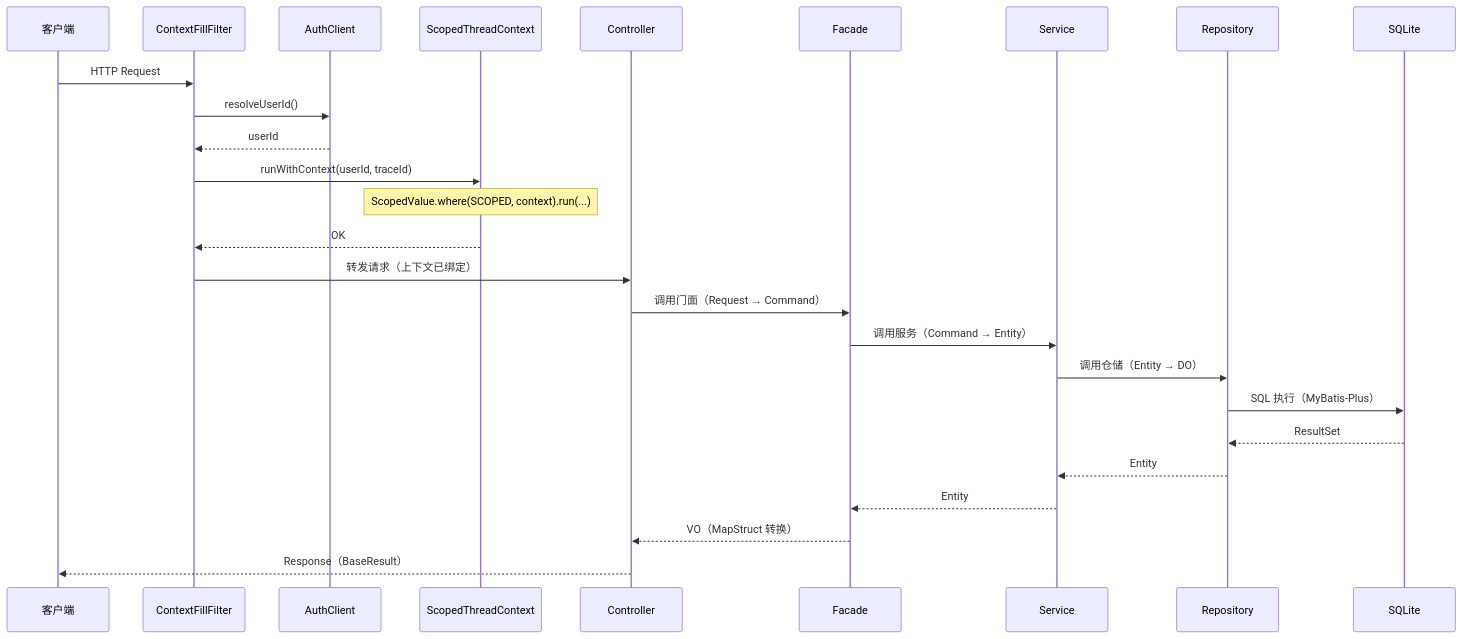
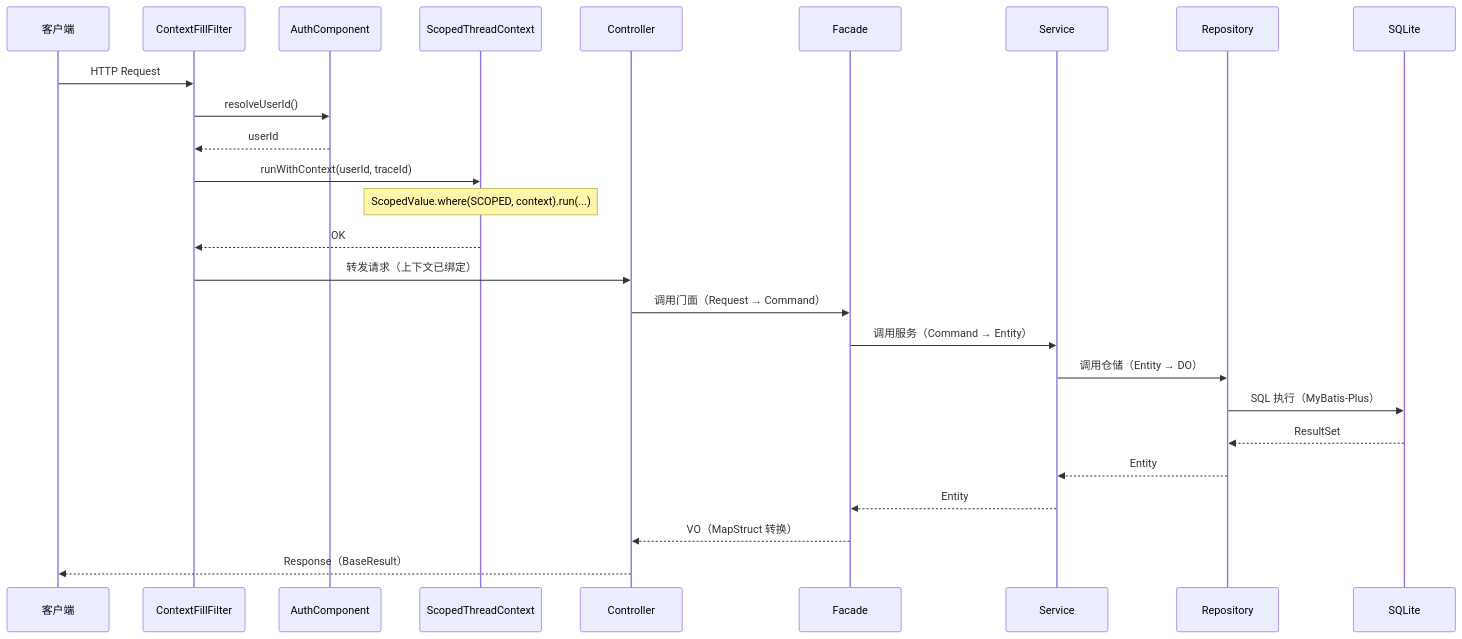
Before and after one commit to LeoNardo-LB/web-quick-start-light: the first of 3 diagrams in docs/architecture/request-lifecycle.md, drawn with Mermaid. The commit also changed other lines of this file and 28 other files, not shown here.

First line of the commit message:
docs: 完成文档重命名 client-* → component-* 及引用更新

````diff
--- a/docs/architecture/request-lifecycle.md
+++ b/docs/architecture/request-lifecycle.md
@@ -21,29 +21,29 @@
 ```mermaid
 sequenceDiagram
     participant Client as 客户端
     participant Filter as ContextFillFilter
-    participant Auth as AuthClient
+    participant Auth as AuthComponent
     participant Ctx as ScopedThreadContext
     participant Ctrl as Controller
     participant Fac as Facade
     participant Svc as Service
     participant Repo as Repository
     participant DB as SQLite
 
     Client->>Filter: HTTP Request
     Filter->>Auth: resolveUserId()
     Auth-->>Filter: userId
     Filter->>Ctx: runWithContext(userId, traceId)
     Note over Ctx: ScopedValue.where(SCOPED, context).run(...)
     Ctx-->>Filter: OK
     Filter->>Ctrl: 转发请求（上下文已绑定）
     Ctrl->>Fac: 调用门面（Request → Command）
     Fac->>Svc: 调用服务（Command → Entity）
     Svc->>Repo: 调用仓储（Entity → DO）
     Repo->>DB: SQL 执行（MyBatis-Plus）
     DB-->>Repo: ResultSet
     Repo-->>Svc: Entity
     Svc-->>Fac: Entity
     Fac-->>Ctrl: VO（MapStruct 转换）
     Ctrl-->>Client: Response（BaseResult）
 ```
````
